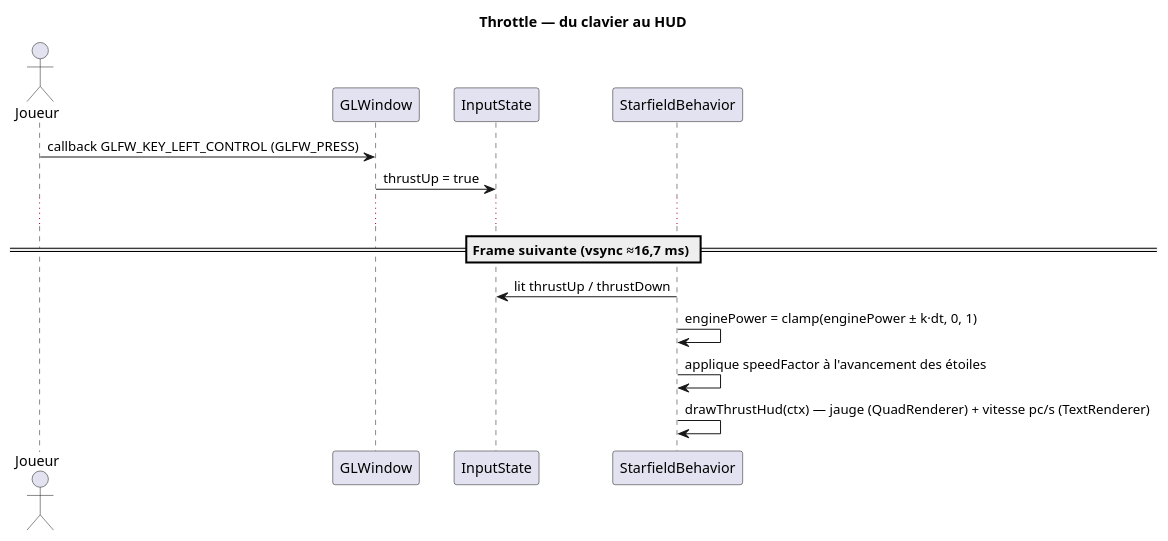
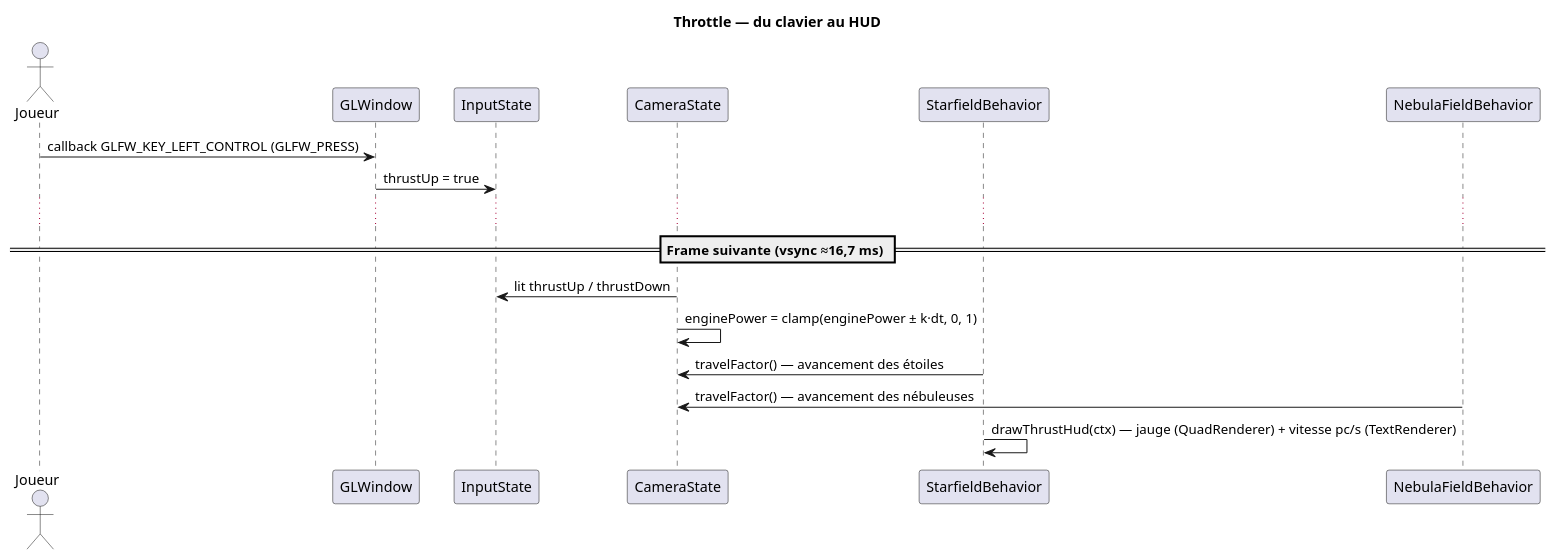
One commit to mcgivrer/demo001-arm64 changed the second of 2 diagrams in src/docs/09-thrust-engine.md. Above: the diagram before and after it, drawn with PlantUML. The commit also changed other lines of this file and 27 other files, not shown here.

````diff
--- a/src/docs/09-thrust-engine.md
+++ b/src/docs/09-thrust-engine.md
@@ -153,20 +159,23 @@
 ```plantuml
 @startuml
 title Throttle — du clavier au HUD
 
 actor Joueur
 participant "GLWindow" as GW
 participant "InputState" as IS
+participant "CameraState" as CS
 participant "StarfieldBehavior" as SB
+participant "NebulaFieldBehavior" as NB
 
 Joueur -> GW : callback GLFW_KEY_LEFT_CONTROL (GLFW_PRESS)
 GW -> IS : thrustUp = true
 ...
 
 == Frame suivante (vsync ≈16,7 ms) ==
-SB -> IS : lit thrustUp / thrustDown
-SB -> SB : enginePower = clamp(enginePower ± k·dt, 0, 1)
-SB -> SB : applique speedFactor à l'avancement des étoiles
+CS -> IS : lit thrustUp / thrustDown
+CS -> CS : enginePower = clamp(enginePower ± k·dt, 0, 1)
+SB -> CS : travelFactor() — avancement des étoiles
+NB -> CS : travelFactor() — avancement des nébuleuses
 SB -> SB : drawThrustHud(ctx) — jauge (QuadRenderer) + vitesse pc/s (TextRenderer)
 @enduml
 ```
````
